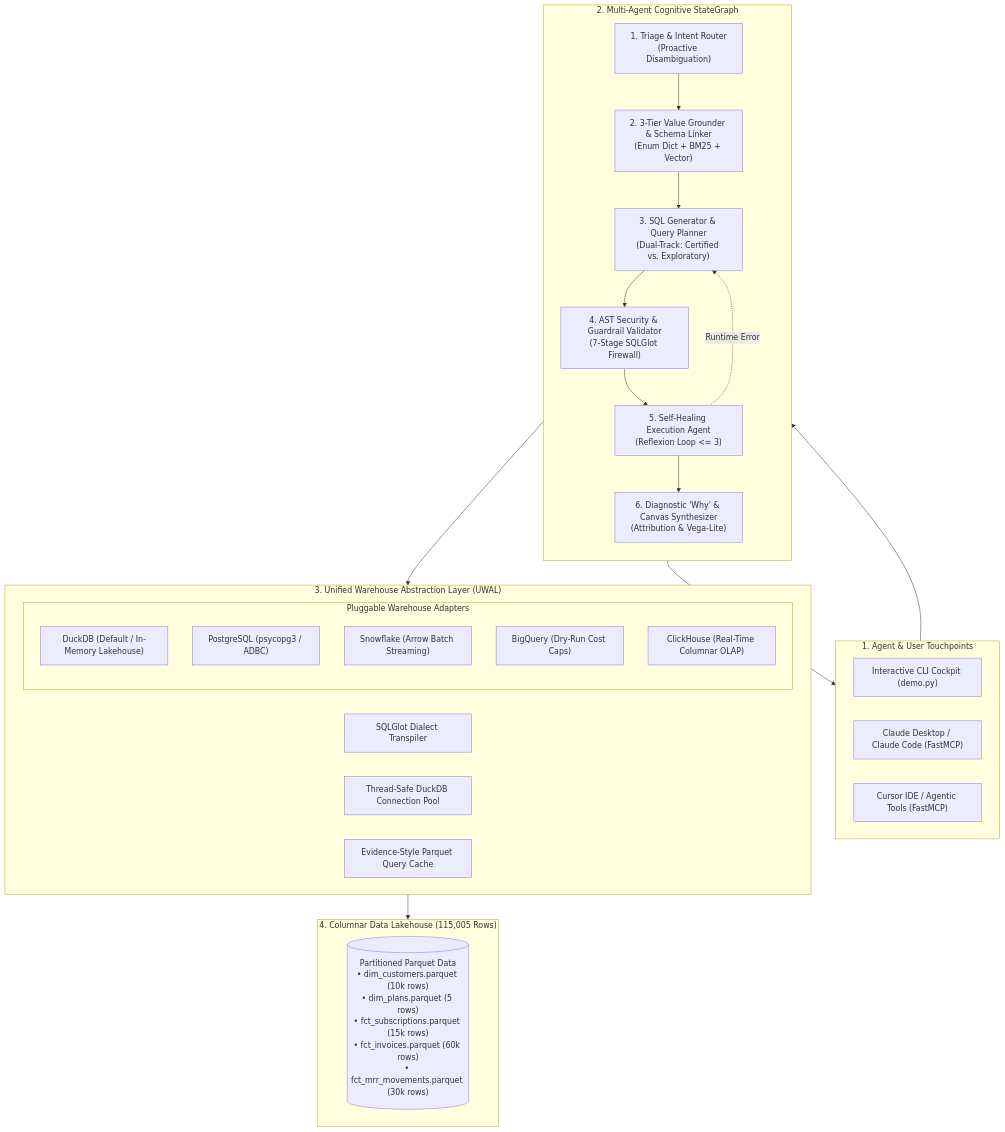
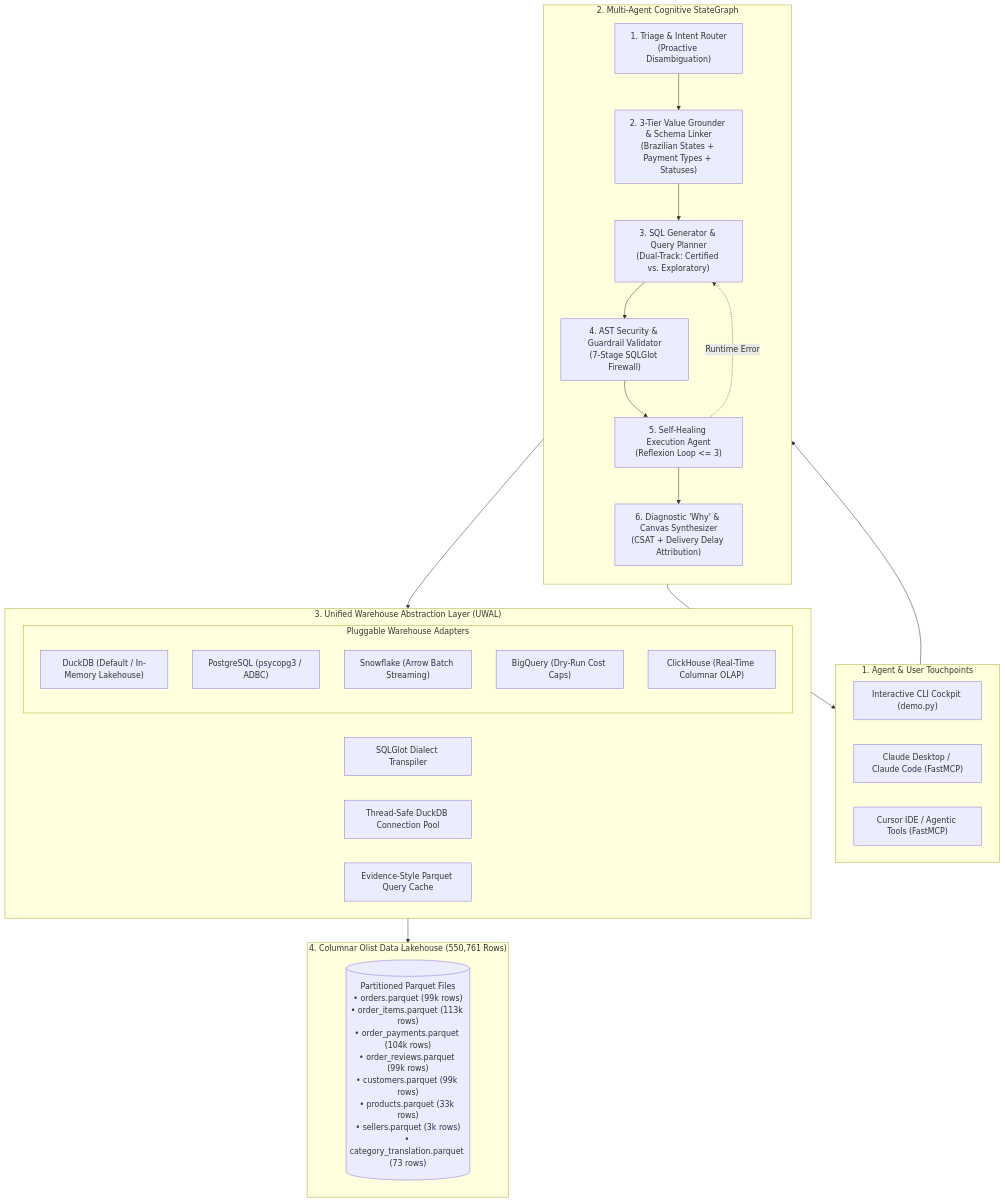
Before and after one commit to anujhsrsaini/agentic-bi-warehouse: the diagram in README.md, drawn with Mermaid. The commit also changed other lines of this file and 31 other files, not shown here.

````diff
--- a/README.md
+++ b/README.md
@@ -45,45 +80,45 @@
 ```mermaid
 flowchart TD
     subgraph Clients["1. Agent & User Touchpoints"]
         CLI["Interactive CLI Cockpit (demo.py)"]
         ClaudeDesktop["Claude Desktop / Claude Code (FastMCP)"]
         CursorIDE["Cursor IDE / Agentic Tools (FastMCP)"]
     end
 
     subgraph AgenticBrain["2. Multi-Agent Cognitive StateGraph"]
         direction TB
         A1["1. Triage & Intent Router<br>(Proactive Disambiguation)"]
-        A2["2. 3-Tier Value Grounder & Schema Linker<br>(Enum Dict + BM25 + Vector)"]
+        A2["2. 3-Tier Value Grounder & Schema Linker<br>(Brazilian States + Payment Types + Statuses)"]
         A3["3. SQL Generator & Query Planner<br>(Dual-Track: Certified vs. Exploratory)"]
         A4["4. AST Security & Guardrail Validator<br>(7-Stage SQLGlot Firewall)"]
         A5["5. Self-Healing Execution Agent<br>(Reflexion Loop <= 3)"]
-        A6["6. Diagnostic 'Why' & Canvas Synthesizer<br>(Attribution & Vega-Lite)"]
+        A6["6. Diagnostic 'Why' & Canvas Synthesizer<br>(CSAT + Delivery Delay Attribution)"]
 
         A1 --> A2 --> A3 --> A4 --> A5
         A5 -.->|Runtime Error| A3
         A5 --> A6
     end
 
     subgraph UWAL["3. Unified Warehouse Abstraction Layer (UWAL)"]
         Transpiler["SQLGlot Dialect Transpiler"]
         DuckDBPool["Thread-Safe DuckDB Connection Pool"]
         ParquetCache["Evidence-Style Parquet Query Cache"]
-        
+
         subgraph Adapters["Pluggable Warehouse Adapters"]
             DuckDBAdapter["DuckDB (Default / In-Memory Lakehouse)"]
             PGAdapter["PostgreSQL (psycopg3 / ADBC)"]
             SnowflakeAdapter["Snowflake (Arrow Batch Streaming)"]
             BQAdapter["BigQuery (Dry-Run Cost Caps)"]
             CHAdapter["ClickHouse (Real-Time Columnar OLAP)"]
         end
     end
 
-    subgraph Storage["4. Columnar Data Lakehouse (115,005 Rows)"]
-        Data[("Partitioned Parquet Data<br>• dim_customers.parquet (10k rows)<br>• dim_plans.parquet (5 rows)<br>• fct_subscriptions.parquet (15k rows)<br>• fct_invoices.parquet (60k rows)<br>• fct_mrr_movements.parquet (30k rows)")]
+    subgraph Storage["4. Columnar Olist Data Lakehouse (550,761 Rows)"]
+        Data[("Partitioned Parquet Files<br>• orders.parquet (99k rows)<br>• order_items.parquet (113k rows)<br>• order_payments.parquet (104k rows)<br>• order_reviews.parquet (99k rows)<br>• customers.parquet (99k rows)<br>• products.parquet (33k rows)<br>• sellers.parquet (3k rows)<br>• category_translation.parquet (73 rows)")]
     end
 
     Clients --> AgenticBrain
     A5 --> UWAL
     UWAL --> Storage
     A6 --> Clients
 ```
````
